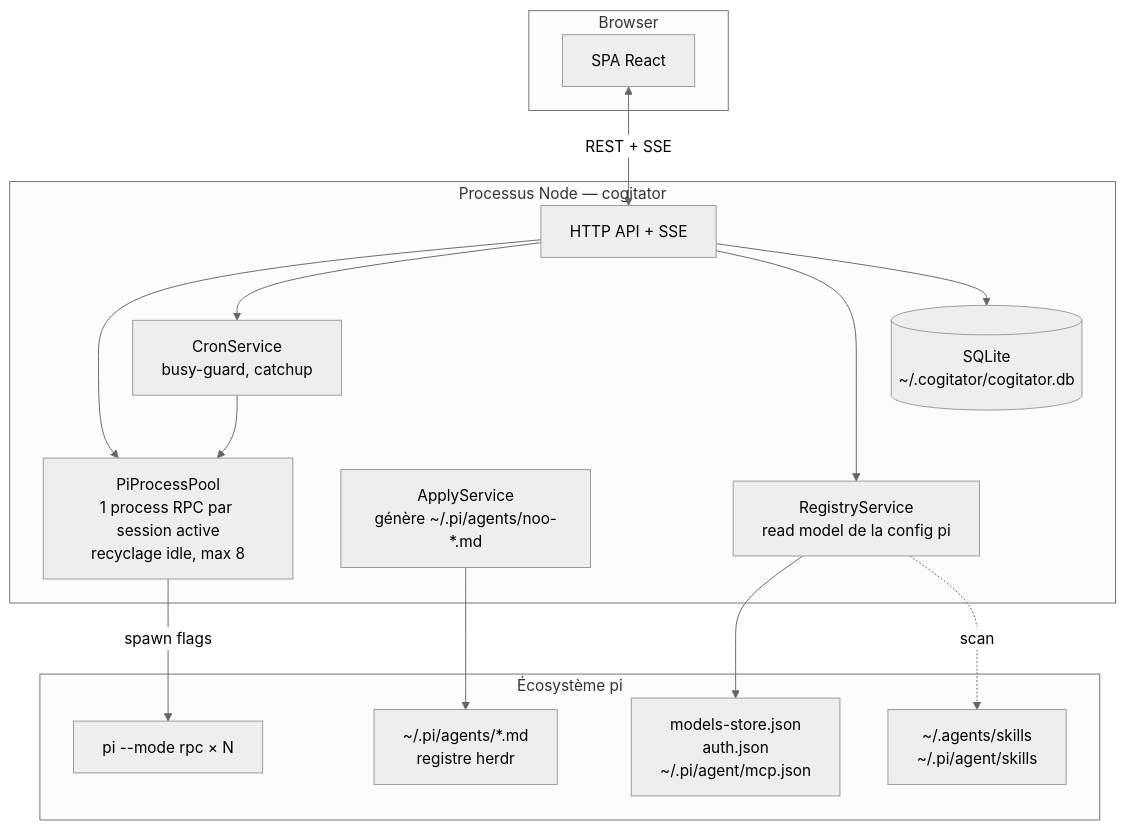
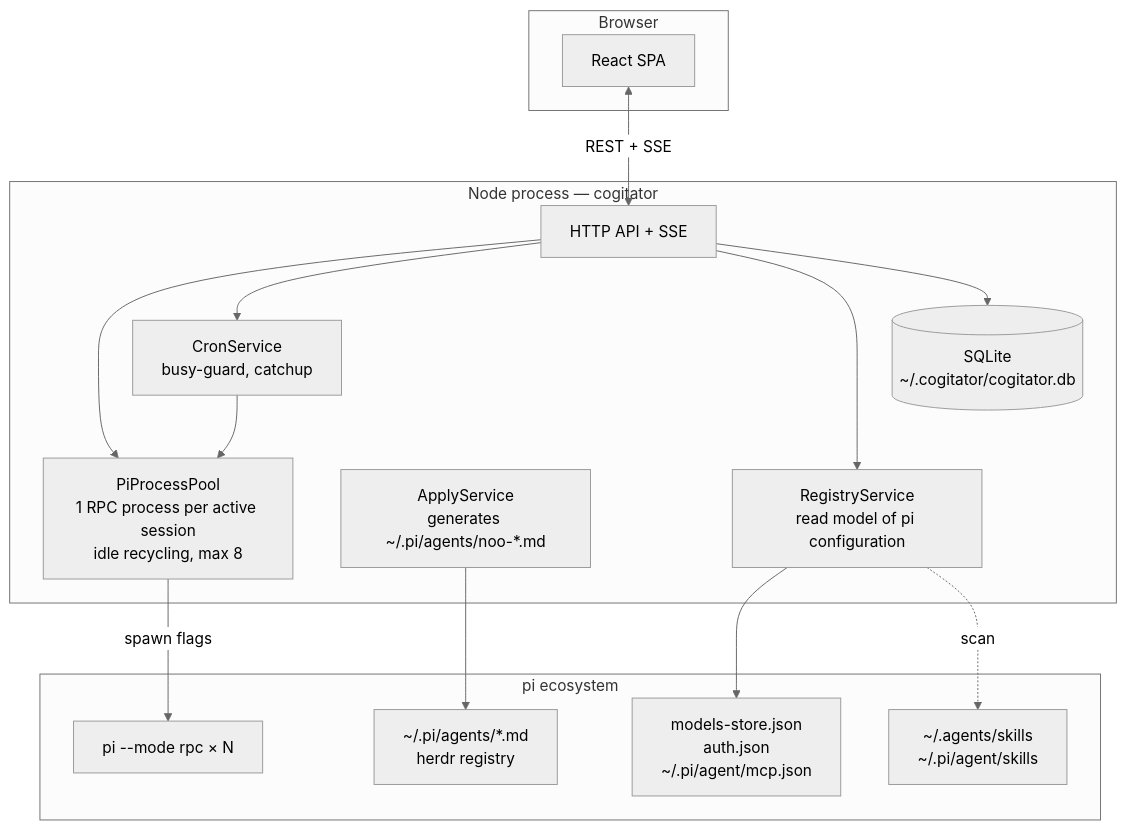
The diagram in docs/architecture/blueprint.md (IgnitionAI/cogitator), drawn with Mermaid (neutral theme) before and after one commit. The commit also changed other lines of this file and 23 other files, not shown here.

````diff
--- a/docs/architecture/blueprint.md
+++ b/docs/architecture/blueprint.md
@@ -5,28 +5,28 @@
 ```mermaid
 flowchart TB
     subgraph Browser
-        UI[SPA React]
+        UI[React SPA]
     end
-    subgraph Cogitator [Processus Node — cogitator]
+    subgraph Cogitator [Node process — cogitator]
         API[HTTP API + SSE]
-        POOL[PiProcessPool<br/>1 process RPC par session active<br/>recyclage idle, max 8]
+        POOL[PiProcessPool<br/>1 RPC process per active session<br/>idle recycling, max 8]
         CRON[CronService<br/>busy-guard, catchup]
-        APPLY[ApplyService<br/>génère ~/.pi/agents/noo-*.md]
-        REG[RegistryService<br/>read model de la config pi]
+        APPLY[ApplyService<br/>generates ~/.pi/agents/noo-*.md]
+        REG[RegistryService<br/>read model of pi configuration]
         DB[(SQLite<br/>~/.cogitator/cogitator.db)]
     end
-    subgraph Pi [Écosystème pi]
+    subgraph Pi [pi ecosystem]
         PI[pi --mode rpc × N]
         PIFILES[models-store.json<br/>auth.json<br/>~/.pi/agent/mcp.json]
-        HERDR[~/.pi/agents/*.md<br/>registre herdr]
+        HERDR[~/.pi/agents/*.md<br/>herdr registry]
         SKILLS[~/.agents/skills<br/>~/.pi/agent/skills]
     end
     UI <-->|REST + SSE| API
     API --> POOL
     POOL -->|spawn flags| PI
     API --> CRON --> POOL
     API --> REG --> PIFILES
     APPLY --> HERDR
     API --> DB
     REG -.scan.-> SKILLS
 ```
````
